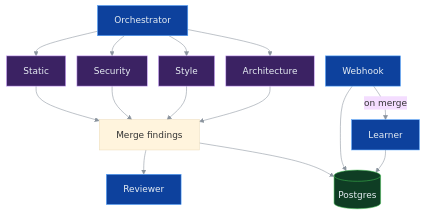
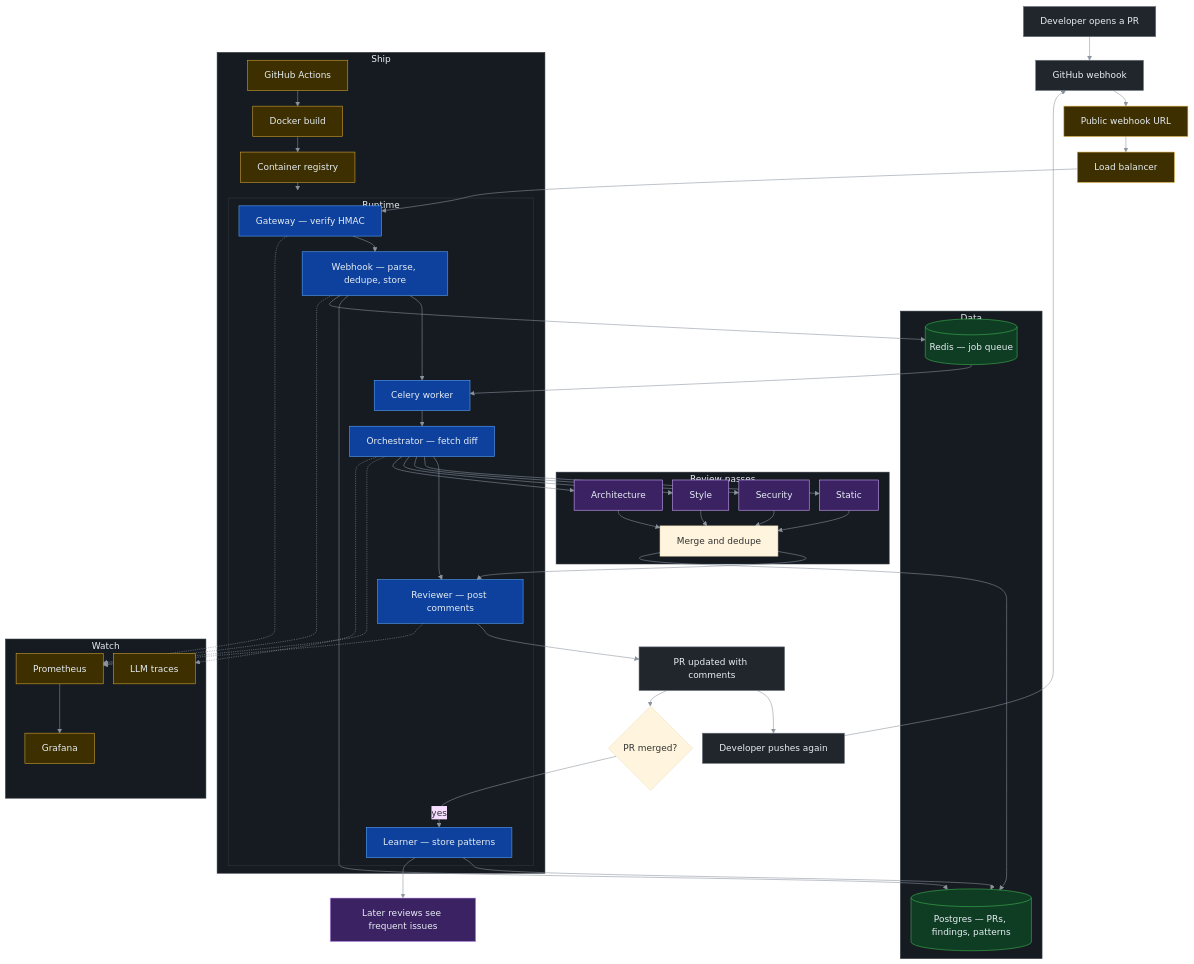
The diagram in README.md (7793aman/diff-review-bot), drawn with Mermaid before and after one commit. The commit also changed other lines of this file, not shown here.

Commit message:
Put the full architecture back — the last version dropped too much of the flow.

````diff
--- a/README.md
+++ b/README.md
@@ -29,24 +7,79 @@
 ```mermaid
-%%{init: {"flowchart": {"curve": "basis", "nodeSpacing": 20, "rankSpacing": 36}, "theme": "base", "themeVariables": {"fontFamily": "system-ui, sans-serif", "lineColor": "#8b949e"}}}%%
+%%{init: {"flowchart": {"curve": "basis", "nodeSpacing": 18, "rankSpacing": 28}, "theme": "base", "themeVariables": {"fontFamily": "system-ui, sans-serif", "lineColor": "#8b949e", "clusterBkg": "#161b22", "clusterBorder": "#30363d", "titleColor": "#e6edf3"}}}%%
 flowchart TB
+    classDef gh fill:#21262d,stroke:#6e7681,color:#e6edf3
     classDef svc fill:#0d419d,stroke:#58a6ff,color:#e6edf3
+    classDef store fill:#0f3d24,stroke:#3fb950,color:#e6edf3
     classDef agent fill:#3b2263,stroke:#d2a8ff,color:#e6edf3
-    classDef store fill:#0f3d24,stroke:#3fb950,color:#e6edf3
+    classDef infra fill:#3d2f00,stroke:#d4a72c,color:#e6edf3
 
-    OR[Orchestrator]:::svc
+    Dev[Developer opens a PR]:::gh --> Event[GitHub webhook]:::gh
+    Event --> URL[Public webhook URL]:::infra
+    URL --> ALB[Load balancer]:::infra
 
-    OR --> S[Static]:::agent
-    OR --> C[Security]:::agent
-    OR --> Y[Style]:::agent
-    OR --> A[Architecture]:::agent
+    subgraph runtime [Runtime]
+        GW[Gateway — verify HMAC]:::svc
+        WH[Webhook — parse, dedupe, store]:::svc
+        Worker[Celery worker]:::svc
+        OR[Orchestrator — fetch diff]:::svc
+        RV[Reviewer — post comments]:::svc
+        LN[Learner — store patterns]:::svc
 
-    S --> M[Merge findings]
-    C --> M
-    Y --> M
-    A --> M
-    M --> RV[Reviewer]:::svc
+        GW --> WH
+        WH --> Worker --> OR --> RV
+    end
 
-    WH[Webhook]:::svc --> PG[(Postgres)]:::store
+    ALB --> GW
+
+    subgraph review [Review passes]
+        S[Static]:::agent
+        C[Security]:::agent
+        Y[Style]:::agent
+        A[Architecture]:::agent
+        M[Merge and dedupe]
+        S --> M
+        C --> M
+        Y --> M
+        A --> M
+    end
+
+    OR --> S
+    OR --> C
+    OR --> Y
+    OR --> A
+    M --> RV
+
+    subgraph data [Data]
+        PG[(Postgres — PRs, findings, patterns)]:::store
+        Redis[(Redis — job queue)]:::store
+    end
+
+    WH --> PG
+    WH --> Redis
+    Redis --> Worker
     M --> PG
-    WH -->|on merge| LN[Learner]:::svc --> PG
+    LN --> PG
+
+    RV --> PR[PR updated with comments]:::gh
+    PR --> Again[Developer pushes again]:::gh
+    Again --> Event
+
+    PR --> Merged{PR merged?}
+    Merged -->|yes| LN
+    LN --> Smarter[Later reviews see frequent issues]:::agent
+
+    subgraph ship [Ship]
+        GHA[GitHub Actions]:::infra --> Docker[Docker build]:::infra --> ECR[Container registry]:::infra --> runtime
+    end
+
+    subgraph watch [Watch]
+        Prom[Prometheus]:::infra --> Graf[Grafana]:::infra
+        LF[LLM traces]:::infra
+    end
+
+    GW -.-> Prom
+    WH -.-> Prom
+    OR -.-> Prom
+    RV -.-> Prom
+    OR -.-> LF
 ```
````
